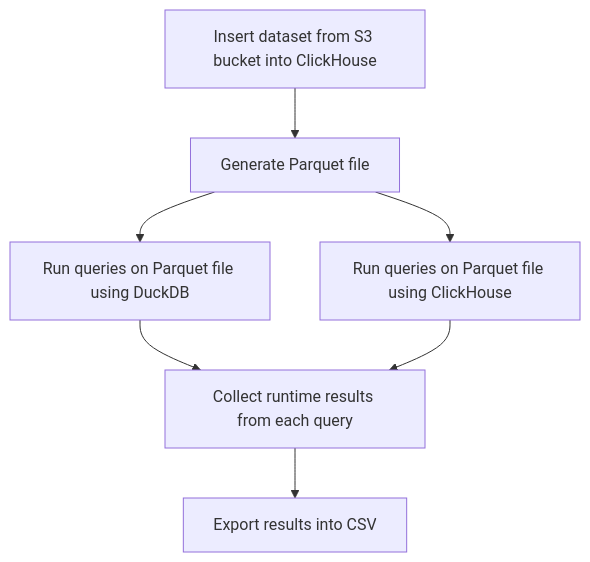
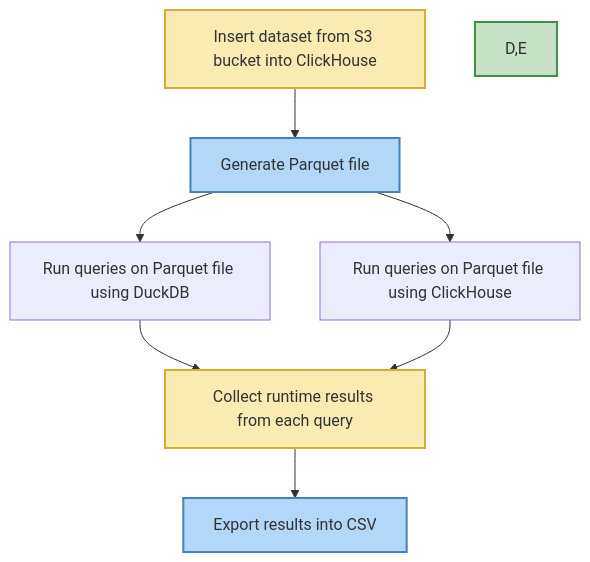
Before and after one commit to Altinity/clickhouse-regression: the diagram in parquet/performance/README.md, drawn with Mermaid.

````diff
--- a/parquet/performance/README.md
+++ b/parquet/performance/README.md
@@ -5,10 +5,16 @@
 ```mermaid
 graph TD
+    style B fill:#F9EBB2,stroke:#D4AF37,stroke-width:2px;
+    style C fill:#B2D8F9,stroke:#4682B4,stroke-width:2px;
+    style D,E fill:#C6E1C6,stroke:#3D9140,stroke-width:2px;
+    style F fill:#F9EBB2,stroke:#D4AF37,stroke-width:2px;
+    style G fill:#B2D8F9,stroke:#4682B4,stroke-width:2px;
+
     B[Insert dataset from S3 bucket into ClickHouse]
     B --> C[Generate Parquet file]
     C --> D[Run queries on Parquet file using DuckDB]
     C --> E[Run queries on Parquet file using ClickHouse]
     D --> F[Collect runtime results from each query]
     E --> F
     F --> G[Export results into CSV]
 ```
````
